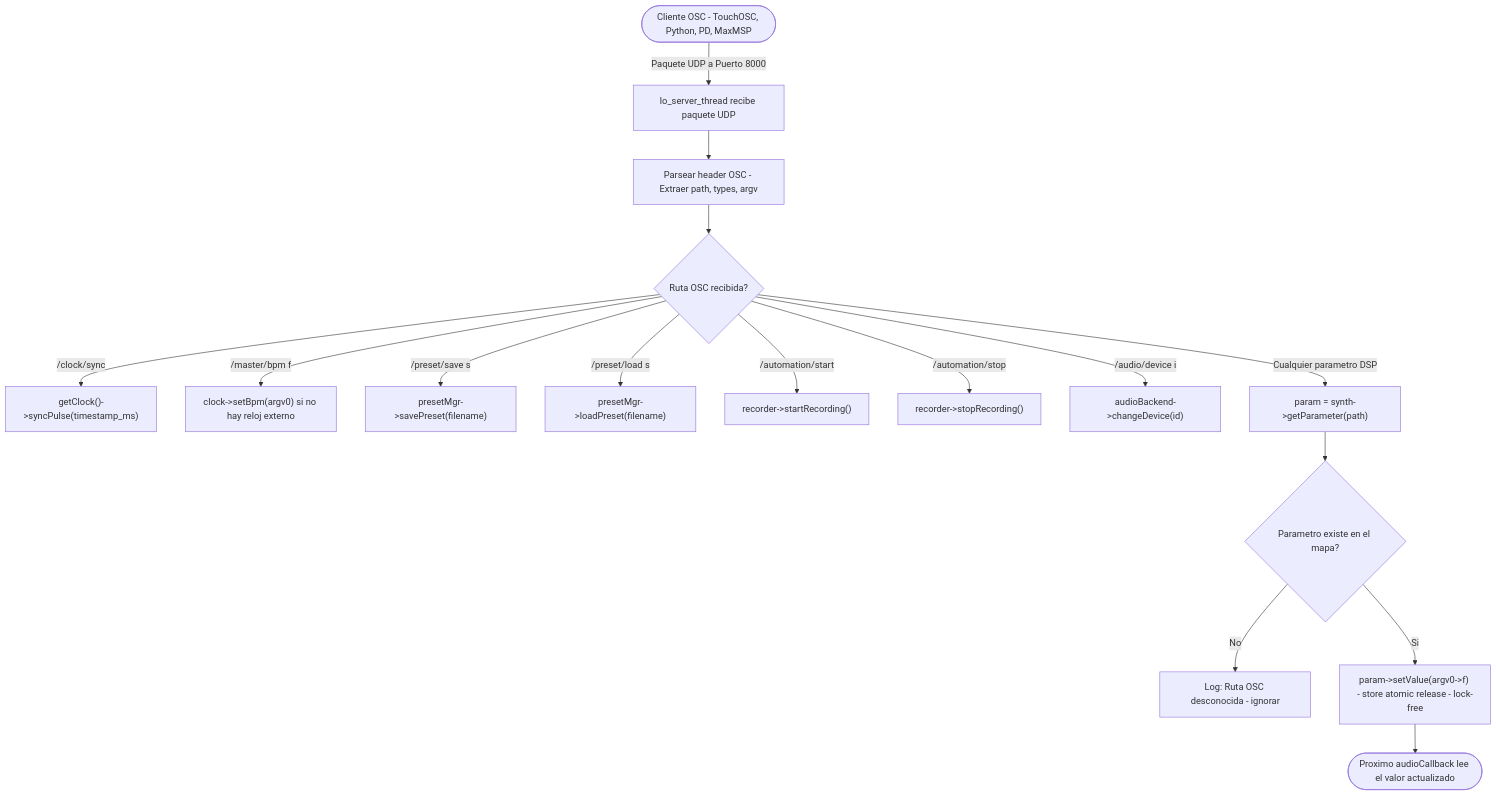
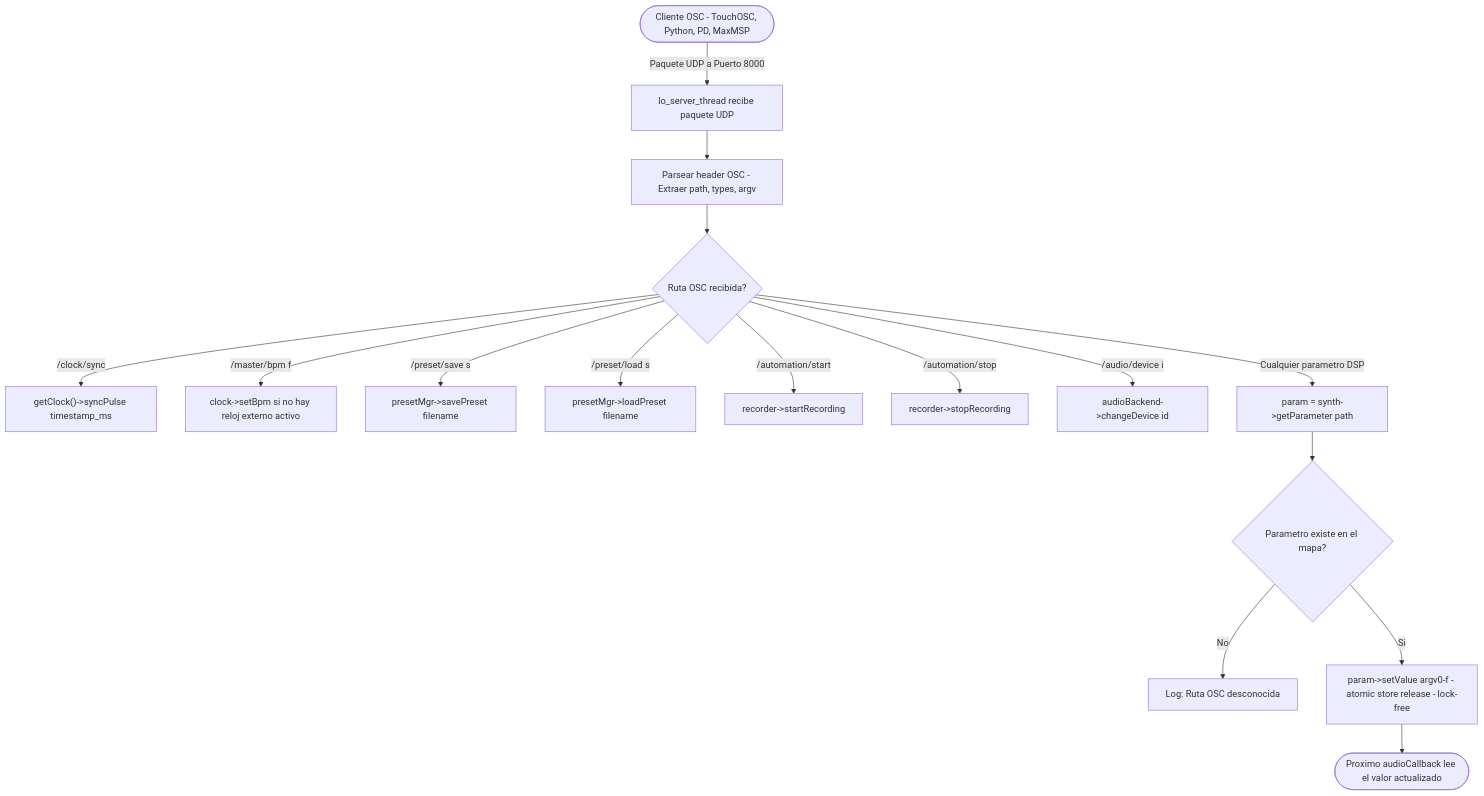
One commit to Zann181/sintetizador changed the sixth of 12 diagrams in README.md. Above: the diagram before and after it, drawn with Mermaid. The commit also changed other lines of this file and 21 other files, not shown here.

````diff
--- a/README.md
+++ b/README.md
@@ -780,25 +708,25 @@
 ```mermaid
 flowchart TD
     CLIENT_OSC(["Cliente OSC - TouchOSC, Python, PD, MaxMSP"])
     CLIENT_OSC -->|"Paquete UDP a Puerto 8000"| RECV_UDP
 
     RECV_UDP["lo_server_thread recibe paquete UDP"]
     RECV_UDP --> PARSE_OSC["Parsear header OSC - Extraer path, types, argv"]
     PARSE_OSC --> ROUTE{"Ruta OSC recibida?"}
 
-    ROUTE -->|"/clock/sync"| HANDLE_CLOCK["getClock()->syncPulse(timestamp_ms)"]
-    ROUTE -->|"/master/bpm f"| HANDLE_BPM["clock->setBpm(argv0) si no hay reloj externo"]
-    ROUTE -->|"/preset/save s"| HANDLE_SAVE["presetMgr->savePreset(filename)"]
-    ROUTE -->|"/preset/load s"| HANDLE_LOAD["presetMgr->loadPreset(filename)"]
-    ROUTE -->|"/automation/start"| HANDLE_AUTO_S["recorder->startRecording()"]
-    ROUTE -->|"/automation/stop"| HANDLE_AUTO_E["recorder->stopRecording()"]
-    ROUTE -->|"/audio/device i"| HANDLE_DEV["audioBackend->changeDevice(id)"]
+    ROUTE -->|"/clock/sync"| HANDLE_CLOCK["getClock()->syncPulse timestamp_ms"]
+    ROUTE -->|"/master/bpm f"| HANDLE_BPM["clock->setBpm si no hay reloj externo activo"]
+    ROUTE -->|"/preset/save s"| HANDLE_SAVE["presetMgr->savePreset filename"]
+    ROUTE -->|"/preset/load s"| HANDLE_LOAD["presetMgr->loadPreset filename"]
+    ROUTE -->|"/automation/start"| HANDLE_AUTO_S["recorder->startRecording"]
+    ROUTE -->|"/automation/stop"| HANDLE_AUTO_E["recorder->stopRecording"]
+    ROUTE -->|"/audio/device i"| HANDLE_DEV["audioBackend->changeDevice id"]
     ROUTE -->|"Cualquier parametro DSP"| HANDLE_PARAM
 
-    HANDLE_PARAM["param = synth->getParameter(path)"]
+    HANDLE_PARAM["param = synth->getParameter path"]
     HANDLE_PARAM --> EXISTS{"Parametro existe en el mapa?"}
-    EXISTS -->|"No"| LOG_WARN["Log: Ruta OSC desconocida - ignorar"]
-    EXISTS -->|"Si"| ATOMIC_SET["param->setValue(argv0->f) - store atomic release - lock-free"]
+    EXISTS -->|"No"| LOG_WARN["Log: Ruta OSC desconocida"]
+    EXISTS -->|"Si"| ATOMIC_SET["param->setValue argv0-f - atomic store release - lock-free"]
 
     ATOMIC_SET --> NEXT_CB(["Proximo audioCallback lee el valor actualizado"])
 ```
````
